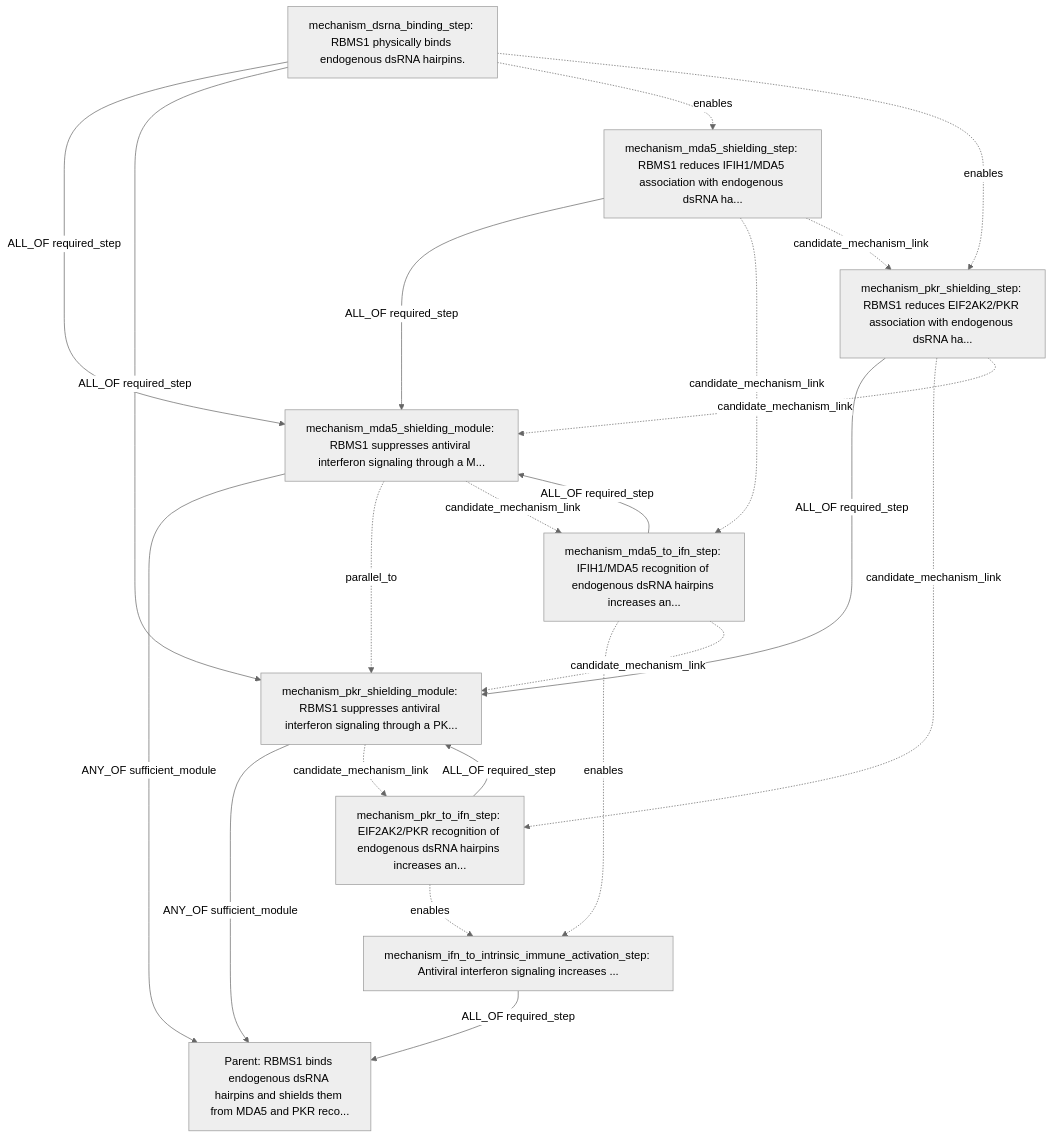
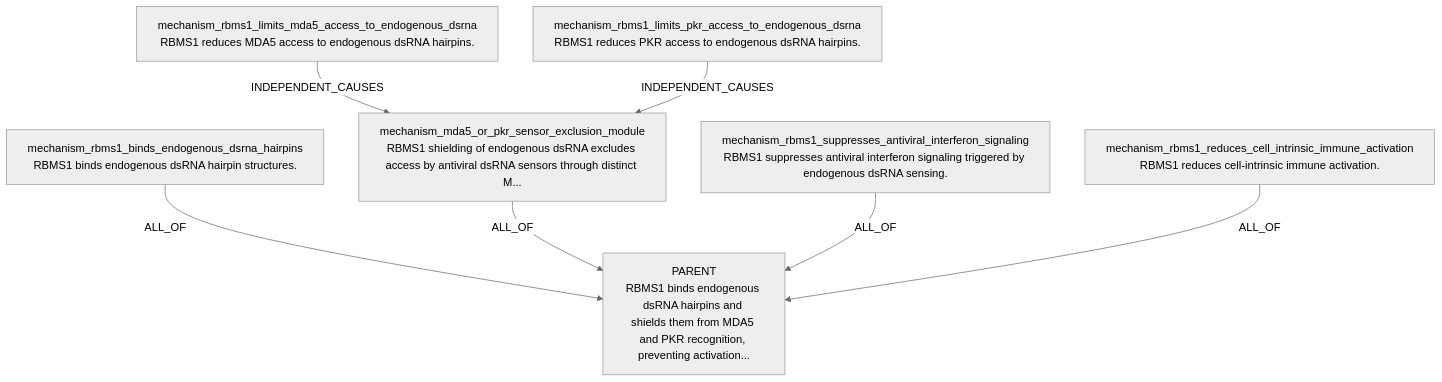
One commit to eliannaqk/bioKG changed the second of 12 diagrams in LLM_STEP0_CANDIDATE_CLAIM_DAG_EXAMPLES_20260602.md. Above: the diagram before and after it, drawn with Mermaid (neutral theme). The commit also changed other lines of this file and 17 other files, not shown here.

````diff
--- a/LLM_STEP0_CANDIDATE_CLAIM_DAG_EXAMPLES_20260602.md
+++ b/LLM_STEP0_CANDIDATE_CLAIM_DAG_EXAMPLES_20260602.md
@@ -205,34 +175,16 @@
 ```mermaid
 flowchart TD
-  P["Parent: RBMS1 binds endogenous dsRNA hairpins and shields them from MDA5 and PKR reco..."]
-  N1["mechanism_dsrna_binding_step: RBMS1 physically binds endogenous dsRNA hairpins."]
-  N2["mechanism_mda5_shielding_step: RBMS1 reduces IFIH1/MDA5 association with endogenous dsRNA ha..."]
-  N3["mechanism_pkr_shielding_step: RBMS1 reduces EIF2AK2/PKR association with endogenous dsRNA ha..."]
-  N4["mechanism_mda5_shielding_module: RBMS1 suppresses antiviral interferon signaling through a M..."]
-  N5["mechanism_mda5_to_ifn_step: IFIH1/MDA5 recognition of endogenous dsRNA hairpins increases an..."]
-  N6["mechanism_pkr_shielding_module: RBMS1 suppresses antiviral interferon signaling through a PK..."]
-  N7["mechanism_pkr_to_ifn_step: EIF2AK2/PKR recognition of endogenous dsRNA hairpins increases an..."]
-  N8["mechanism_ifn_to_intrinsic_immune_activation_step: Antiviral interferon signaling increases ..."]
-
-  N4 -->|ANY_OF sufficient_module| P
-  N6 -->|ANY_OF sufficient_module| P
-  N8 -->|ALL_OF required_step| P
-  N1 -->|ALL_OF required_step| N4
-  N2 -->|ALL_OF required_step| N4
-  N5 -->|ALL_OF required_step| N4
-  N1 -->|ALL_OF required_step| N6
-  N3 -->|ALL_OF required_step| N6
-  N7 -->|ALL_OF required_step| N6
-  N1 -.->|enables| N2
-  N1 -.->|enables| N3
-  N2 -.->|candidate_mechanism_link| N5
-  N3 -.->|candidate_mechanism_link| N7
-  N4 -.->|parallel_to| N6
-  N5 -.->|enables| N8
-  N7 -.->|enables| N8
-  N2 -.->|candidate_mechanism_link| N3
-  N3 -.->|candidate_mechanism_link| N4
-  N4 -.->|candidate_mechanism_link| N5
-  N5 -.->|candidate_mechanism_link| N6
-  N6 -.->|candidate_mechanism_link| N7
+  P["PARENT<br/>RBMS1 binds endogenous dsRNA hairpins and shields them from MDA5 and PKR recognition, preventing activation..."]
+  N1["mechanism_rbms1_binds_endogenous_dsrna_hairpins<br/>RBMS1 binds endogenous dsRNA hairpin structures."]
+  N2["mechanism_mda5_or_pkr_sensor_exclusion_module<br/>RBMS1 shielding of endogenous dsRNA excludes access by antiviral dsRNA sensors through distinct M..."]
+  N3["mechanism_rbms1_limits_mda5_access_to_endogenous_dsrna<br/>RBMS1 reduces MDA5 access to endogenous dsRNA hairpins."]
+  N4["mechanism_rbms1_limits_pkr_access_to_endogenous_dsrna<br/>RBMS1 reduces PKR access to endogenous dsRNA hairpins."]
+  N5["mechanism_rbms1_suppresses_antiviral_interferon_signaling<br/>RBMS1 suppresses antiviral interferon signaling triggered by endogenous dsRNA sensing."]
+  N6["mechanism_rbms1_reduces_cell_intrinsic_immune_activation<br/>RBMS1 reduces cell-intrinsic immune activation."]
+  N3 -- "INDEPENDENT_CAUSES" --> N2
+  N4 -- "INDEPENDENT_CAUSES" --> N2
+  N1 -- "ALL_OF" --> P
+  N2 -- "ALL_OF" --> P
+  N5 -- "ALL_OF" --> P
+  N6 -- "ALL_OF" --> P
 ```
````
